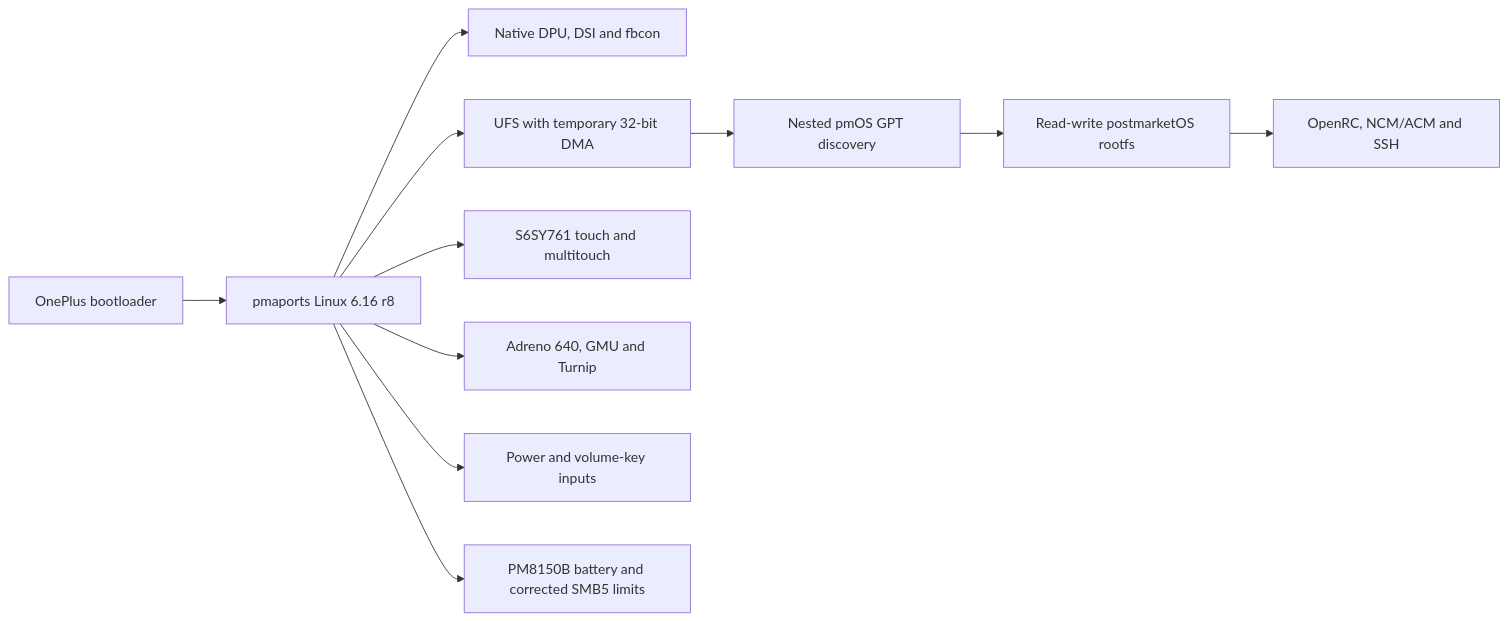
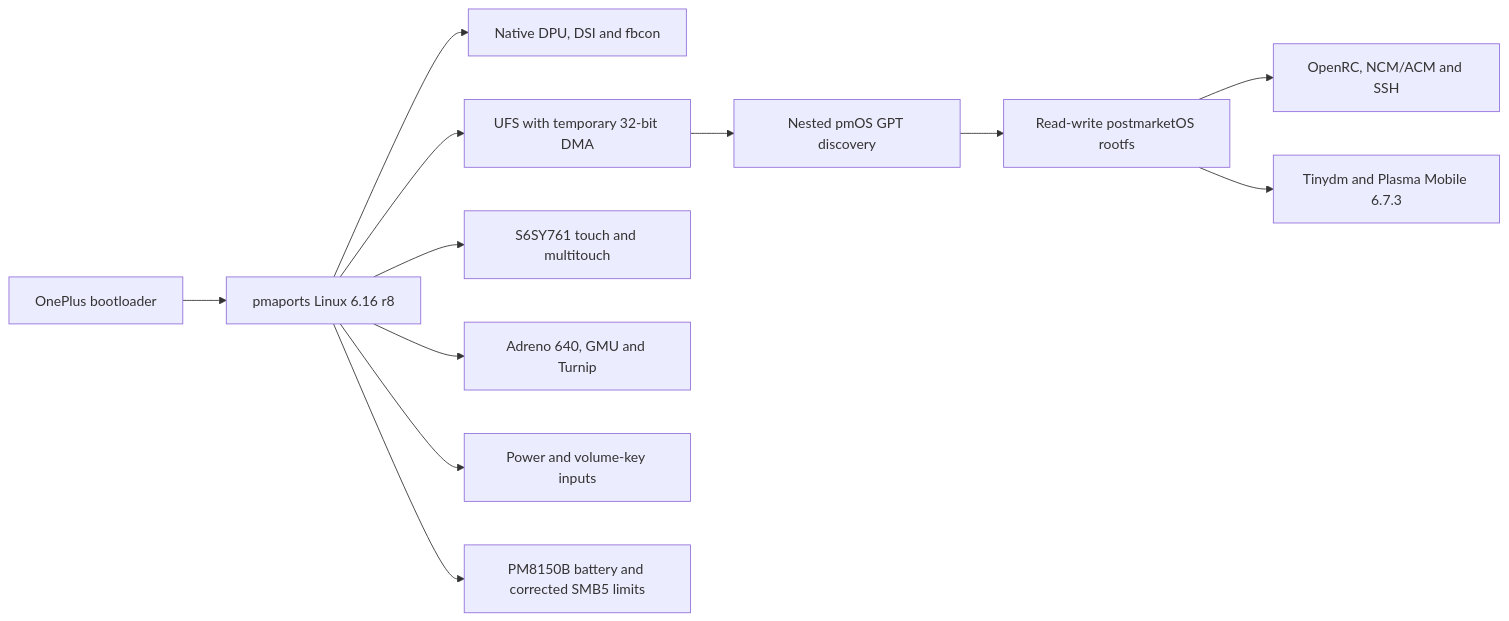
The diagram in README.md (Sr-0w/hotdog-linux-bringup), drawn with Mermaid before and after one commit. The commit also changed other lines of this file and 8 other files, not shown here.

Commit message:
docs: record graphical userspace milestone

````diff
--- a/README.md
+++ b/README.md
@@ -167,13 +180,14 @@
 ```mermaid
 flowchart LR
     A["OnePlus bootloader"] --> B["pmaports Linux 6.16 r8"]
     B --> C["Native DPU, DSI and fbcon"]
     B --> D["UFS with temporary 32-bit DMA"]
     D --> E["Nested pmOS GPT discovery"]
     E --> F["Read-write postmarketOS rootfs"]
     F --> G["OpenRC, NCM/ACM and SSH"]
+    F --> L["Tinydm and Plasma Mobile 6.7.3"]
     B --> H["S6SY761 touch and multitouch"]
     B --> I["Adreno 640, GMU and Turnip"]
     B --> J["Power and volume-key inputs"]
     B --> K["PM8150B battery and corrected SMB5 limits"]
 ```
````
